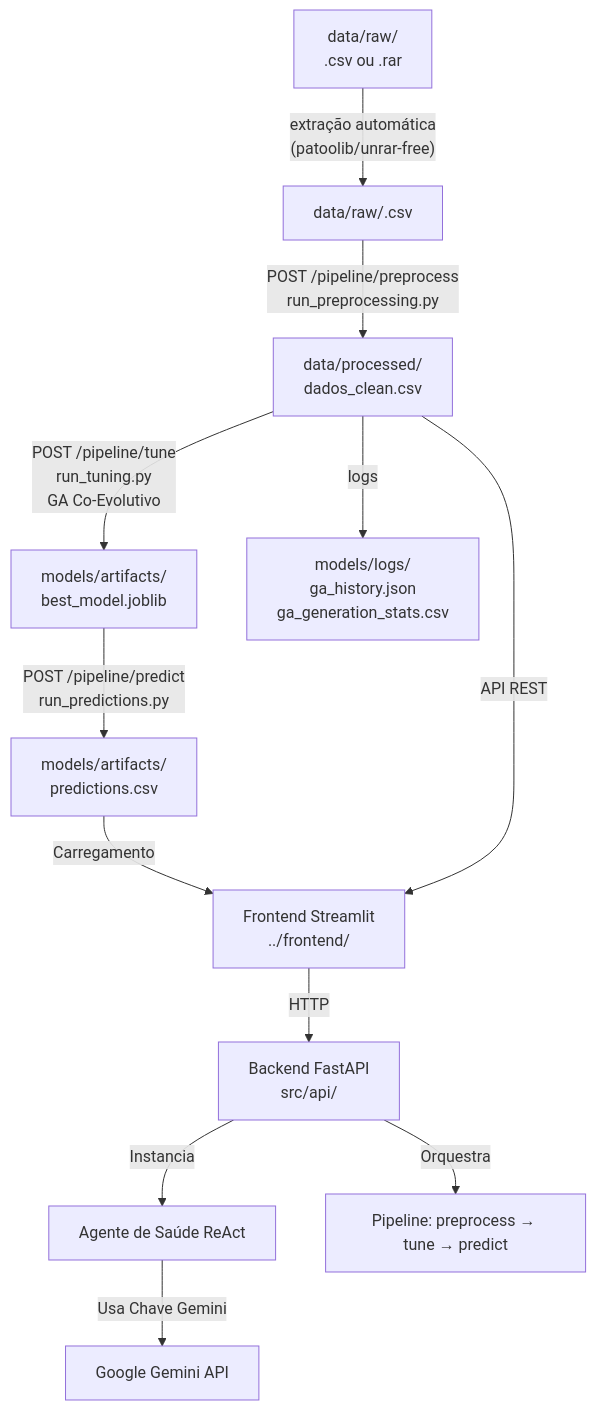
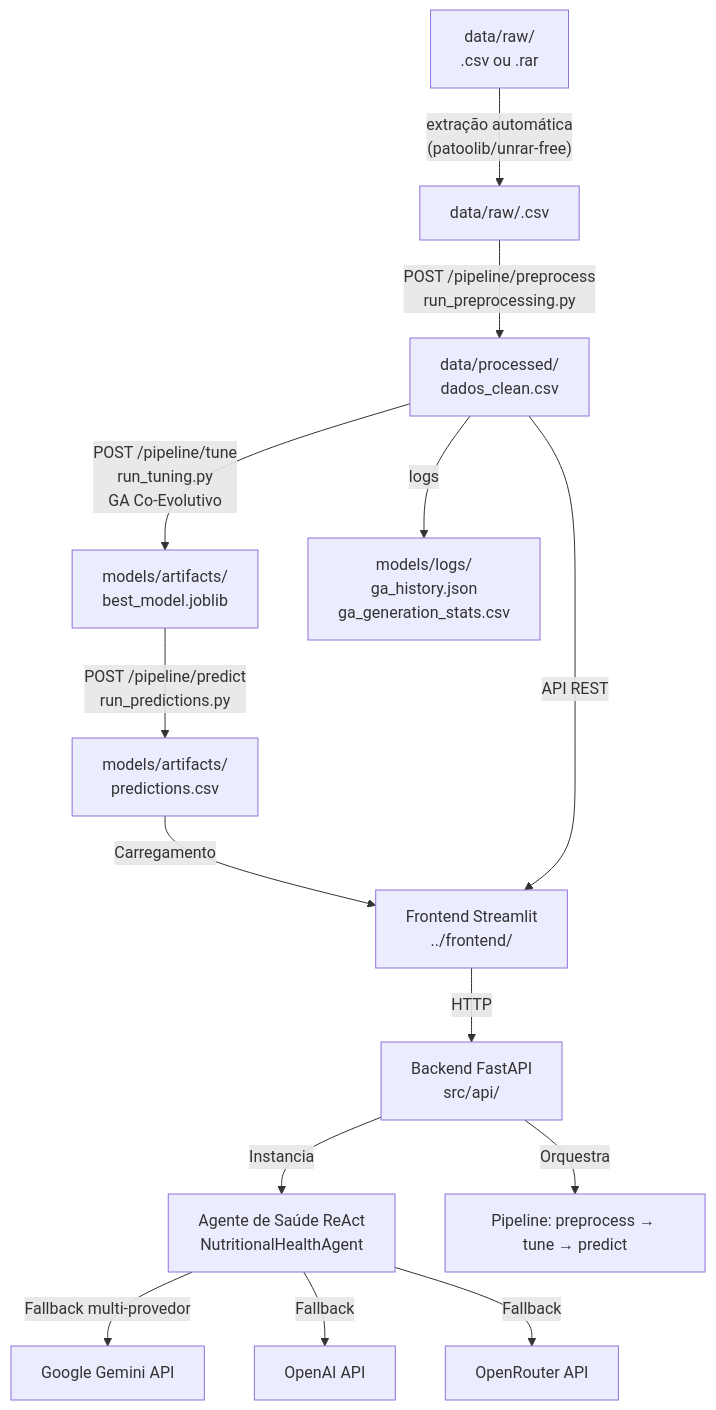
One commit to vagner-nascimento/fiap-pos-ia-para-devs-fase2-tech-challenge changed the second of 2 diagrams in docs/architecture.md. Above: the diagram before and after it, drawn with Mermaid. The commit also changed other lines of this file and 5 other files, not shown here.

````diff
--- a/docs/architecture.md
+++ b/docs/architecture.md
@@ -228,14 +296,16 @@
 ```mermaid
 graph TD
     A["data/raw/\n.csv ou .rar"] -->|"extração automática\n(patoolib/unrar-free)"| A1["data/raw/.csv"]
     A1 -->|"POST /pipeline/preprocess\nrun_preprocessing.py"| B["data/processed/\ndados_clean.csv"]
     B -->|"POST /pipeline/tune\nrun_tuning.py\nGA Co-Evolutivo"| C["models/artifacts/\nbest_model.joblib"]
     B -->|logs| D2["models/logs/\nga_history.json\nga_generation_stats.csv"]
     C -->|"POST /pipeline/predict\nrun_predictions.py"| P["models/artifacts/\npredictions.csv"]
     P -->|"Carregamento"| D["Frontend Streamlit\n../frontend/"]
     B -->|"API REST"| D
     D -->|HTTP| API["Backend FastAPI\nsrc/api/"]
-    API -->|Instancia| E["Agente de Saúde ReAct"]
+    API -->|Instancia| E["Agente de Saúde ReAct\nNutritionalHealthAgent"]
     API -->|Orquestra| F["Pipeline: preprocess → tune → predict"]
-    E -->|"Usa Chave Gemini"| G["Google Gemini API"]
+    E -->|"Fallback multi-provedor"| G1["Google Gemini API"]
+    E -->|"Fallback"| G2["OpenAI API"]
+    E -->|"Fallback"| G3["OpenRouter API"]
 ```
````
